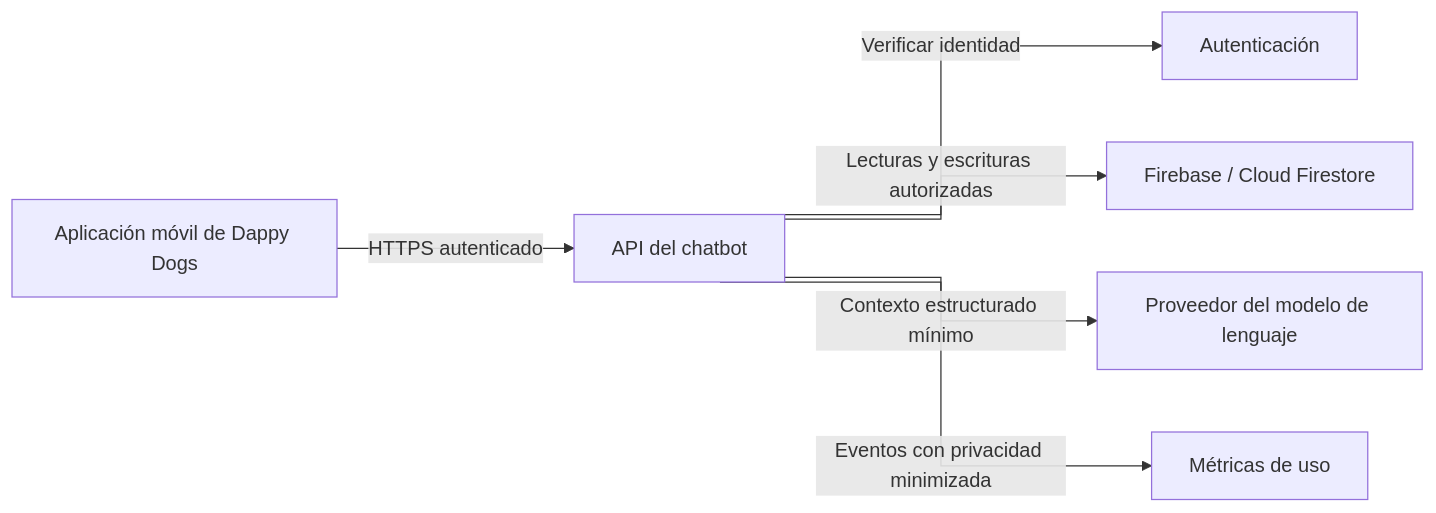
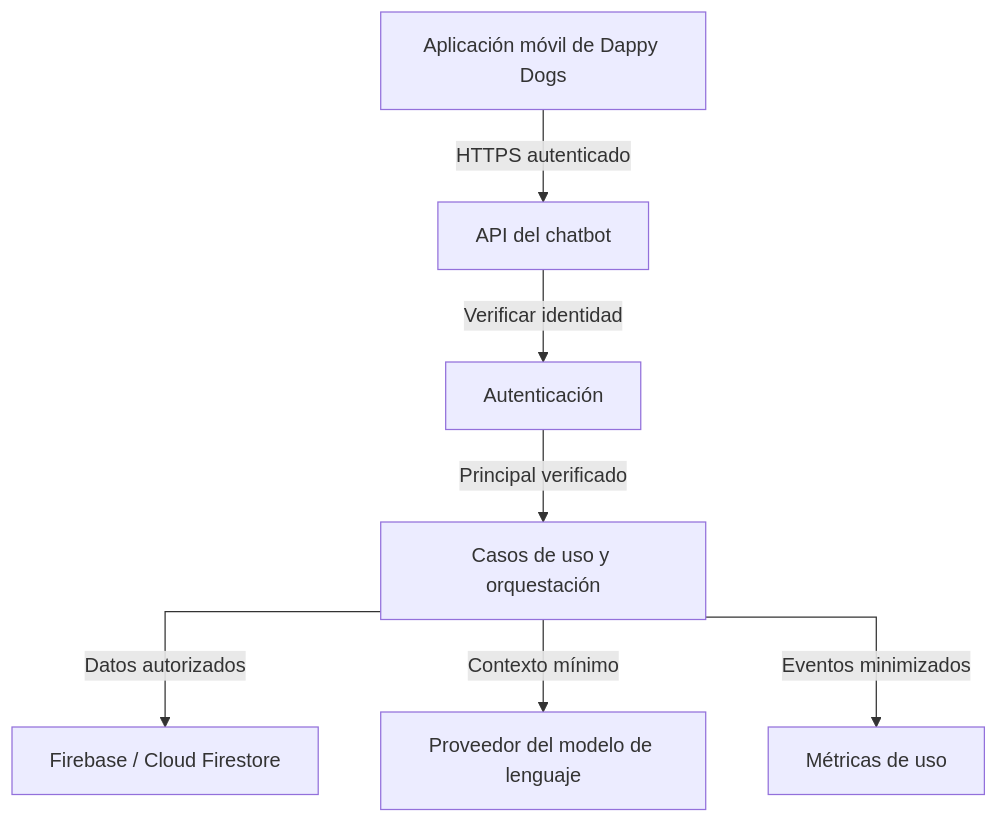
One commit to DappyDogs/dappydogs-chatbot-api changed the diagram in README.md. Above: the diagram before and after it, drawn with Mermaid. The commit also changed other lines of this file and 15 other files, not shown here.

````diff
--- a/README.md
+++ b/README.md
@@ -50,16 +50,18 @@
 ```mermaid
 %%{init: {"flowchart": {"curve": "stepAfter"}}}%%
-flowchart LR
+flowchart TB
     APP["Aplicación móvil de Dappy Dogs"]
     API["API del chatbot"]
     AUTH["Autenticación"]
+    CORE["Casos de uso y orquestación"]
     FB["Firebase / Cloud Firestore"]
     LLM["Proveedor del modelo de lenguaje"]
     METRICS["Métricas de uso"]
 
     APP -->|HTTPS autenticado| API
     API -->|Verificar identidad| AUTH
-    API -->|Lecturas y escrituras autorizadas| FB
-    API -->|Contexto estructurado mínimo| LLM
-    API -->|Eventos con privacidad minimizada| METRICS
+    AUTH -->|Principal verificado| CORE
+    CORE -->|Datos autorizados| FB
+    CORE -->|Contexto mínimo| LLM
+    CORE -->|Eventos minimizados| METRICS
 ```
````
